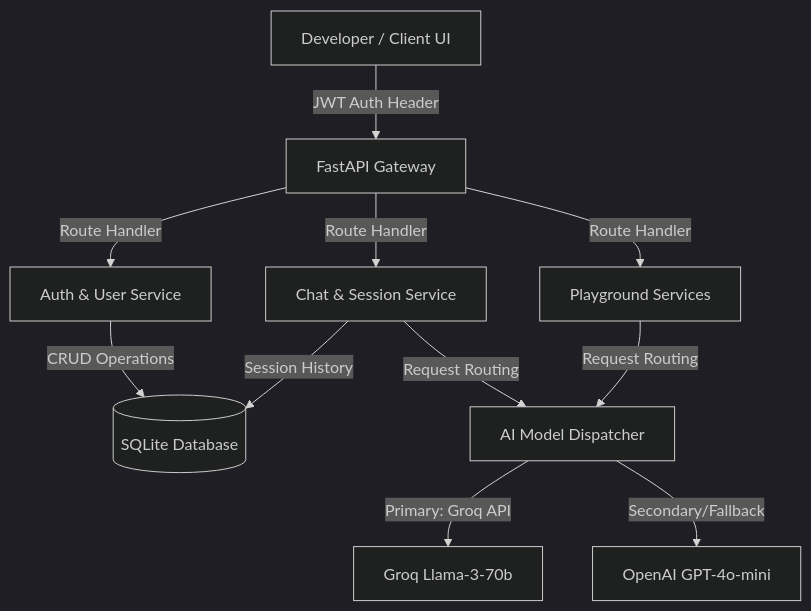
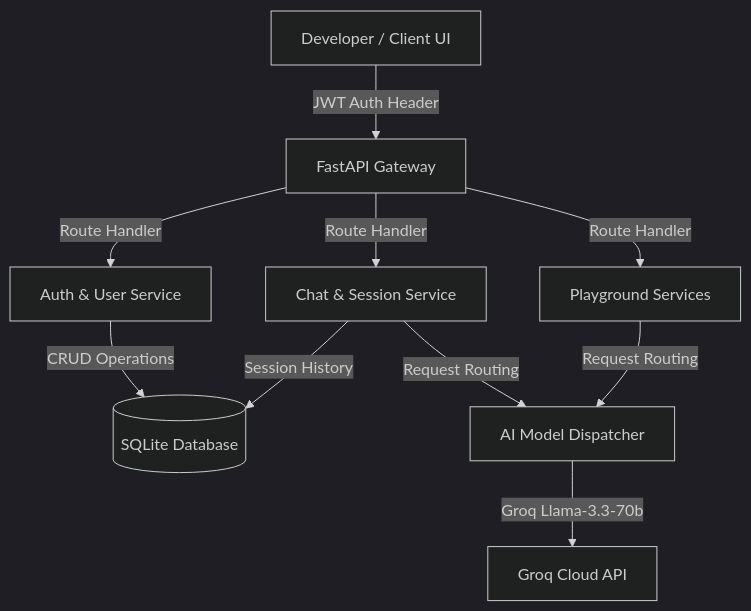
The diagram in AI-Code-Agent/README.md (R-Sabari/code-agent), drawn with Mermaid (dark theme) before and after one commit. The commit also changed other lines of this file, not shown here.

````diff
--- a/AI-Code-Agent/README.md
+++ b/AI-Code-Agent/README.md
@@ -11,16 +23,15 @@
 ```mermaid
 graph TD
     A[Developer / Client UI] -->|JWT Auth Header| B[FastAPI Gateway]
     B -->|Route Handler| C[Auth & User Service]
     B -->|Route Handler| D[Chat & Session Service]
     B -->|Route Handler| E[Playground Services]
     
     C -->|CRUD Operations| F[(SQLite Database)]
     D -->|Session History| F
     
     D -->|Request Routing| G[AI Model Dispatcher]
     E -->|Request Routing| G
     
-    G -->|Primary: Groq API| H[Groq Llama-3-70b]
-    G -->|Secondary/Fallback| I[OpenAI GPT-4o-mini]
+    G -->|Groq Llama-3.3-70b| H[Groq Cloud API]
 ```
````
